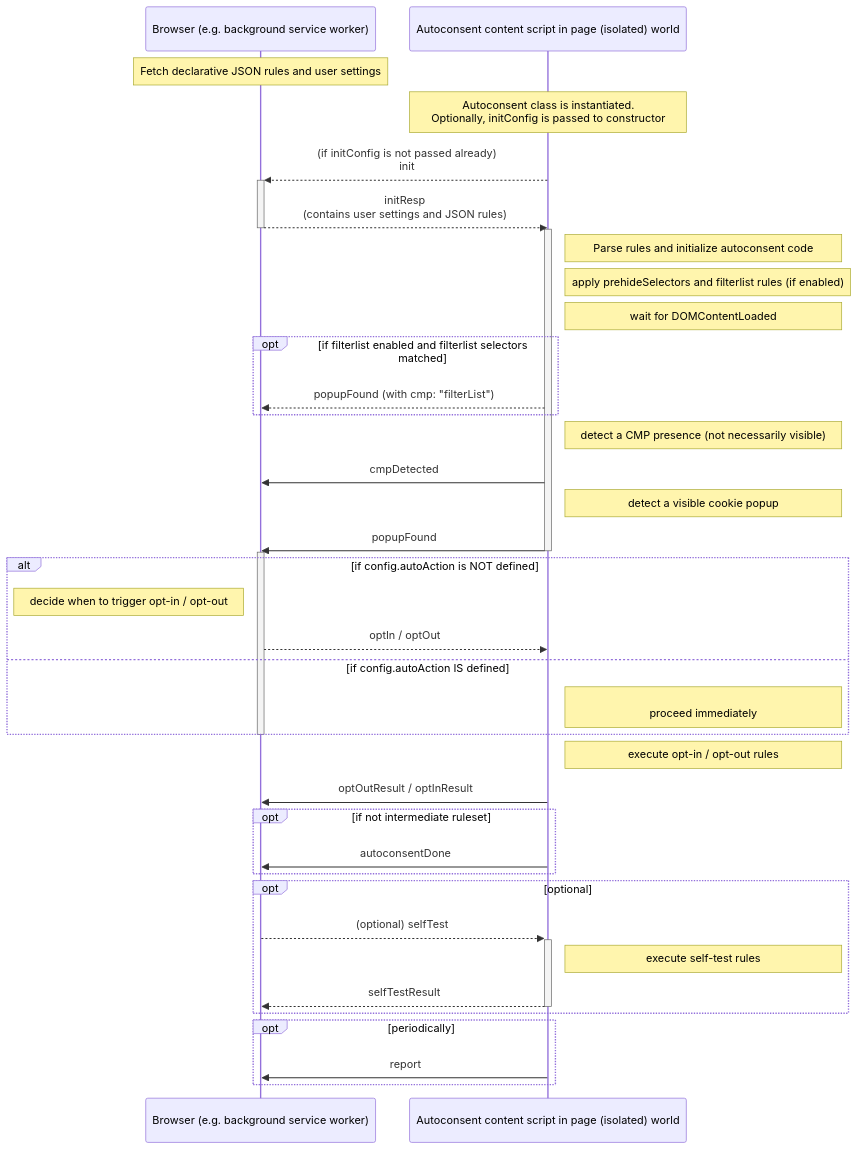
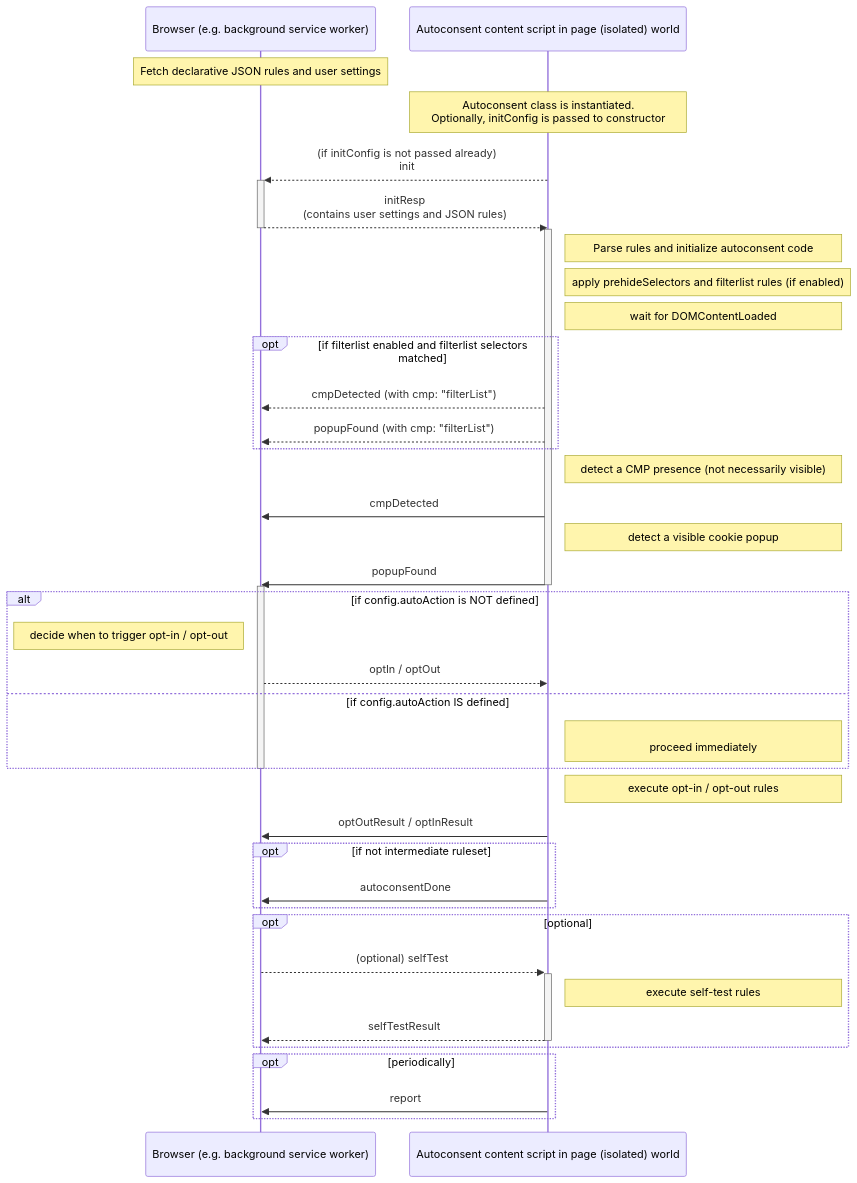
The first of 2 diagrams in api.md (duckduckgo/autoconsent), drawn with Mermaid before and after one commit. The commit also changed 2 other files, not shown here.

Commit message:
Prevent duplicate cmpDetected and popupFound for filterlists

````diff
--- a/api.md
+++ b/api.md
@@ -47,54 +47,55 @@
 ```mermaid
 
 sequenceDiagram
     participant BG as Browser (e.g. background service worker)
     participant CS as Autoconsent content script in page (isolated) world
 
     Note over BG: Fetch declarative JSON rules and user settings
     Note over CS: Autoconsent class is instantiated.<br/>Optionally, initConfig is passed to constructor
 
     CS -->>+ BG: (if initConfig is not passed already)<br/>init
     BG -->>- CS: initResp<br/>(contains user settings and JSON rules)
 
     activate CS
     Note right of CS: Parse rules and initialize autoconsent code
     Note right of CS: apply prehideSelectors and filterlist rules (if enabled)
     Note right of CS: wait for DOMContentLoaded
 
     opt if filterlist enabled and filterlist selectors matched
+        CS -->> BG: cmpDetected (with cmp: "filterList")
         CS -->> BG: popupFound (with cmp: "filterList")
     end
 
     Note right of CS: detect a CMP presence (not necessarily visible)
 
     CS ->> BG: cmpDetected
     Note right of CS: detect a visible cookie popup
     CS ->> BG: popupFound
     deactivate CS
     activate BG
     alt if config.autoAction is NOT defined
         Note left of BG: decide when to trigger opt-in / opt-out
         BG -->> CS: optIn / optOut
     else if config.autoAction IS defined
         Note right of CS: <br/>proceed immediately
     end
 
     deactivate BG
 
     Note right of CS: execute opt-in / opt-out rules
     CS ->> BG: optOutResult / optInResult
 
     opt if not intermediate ruleset
         CS ->> BG: autoconsentDone
     end
 
     opt optional
         BG -->>+ CS: (optional) selfTest
         Note right of CS: execute self-test rules
         CS -->>- BG: selfTestResult
     end
 
     opt periodically
         CS ->> BG: report
     end
 ```
````
